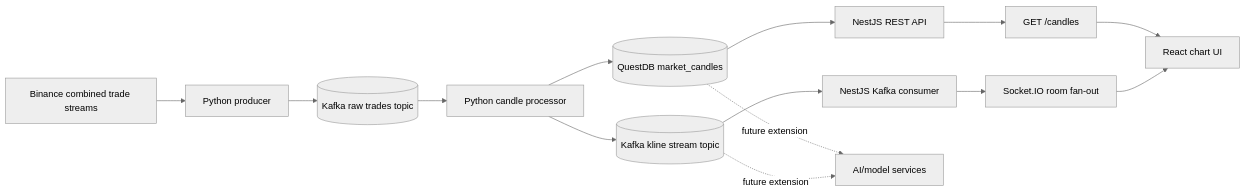
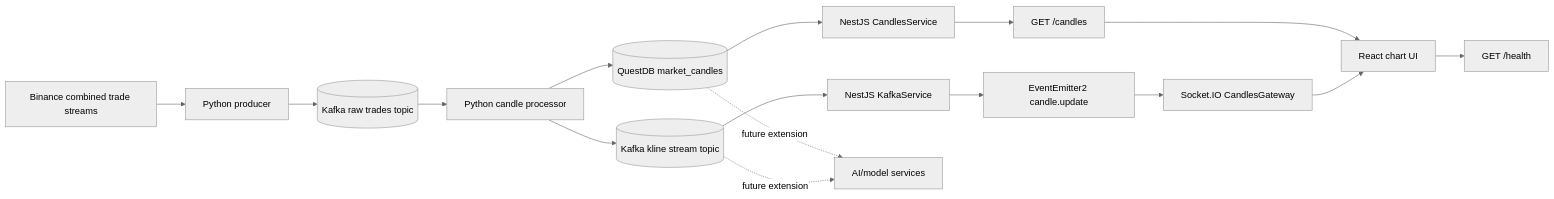
The diagram in README.md (Zane-Theodore/NexTick), drawn with Mermaid (neutral theme) before and after one commit. The commit also changed other lines of this file and 6 other files, not shown here.

````diff
--- a/README.md
+++ b/README.md
@@ -22,17 +24,21 @@
 ```mermaid
 flowchart LR
   binance["Binance combined trade streams"] --> producer["Python producer"]
   producer --> raw[("Kafka raw trades topic")]
   raw --> processor["Python candle processor"]
   processor --> questdb[("QuestDB market_candles")]
   processor --> kline[("Kafka kline stream topic")]
-  questdb --> backend["NestJS REST API"]
-  kline --> backendSocket["NestJS Kafka consumer"]
-  backendSocket --> socket["Socket.IO room fan-out"]
-  backend --> rest["GET /candles"]
+
+  questdb --> backendRest["NestJS CandlesService"]
+  backendRest --> rest["GET /candles"]
+  kline --> kafkaConsumer["NestJS KafkaService"]
+  kafkaConsumer --> eventBus["EventEmitter2 candle.update"]
+  eventBus --> gateway["Socket.IO CandlesGateway"]
+
   rest --> frontend["React chart UI"]
-  socket --> frontend
+  gateway --> frontend
+  frontend --> health["GET /health"]
 
   questdb -. future extension .-> ai["AI/model services"]
   kline -. future extension .-> ai
 ```
````
